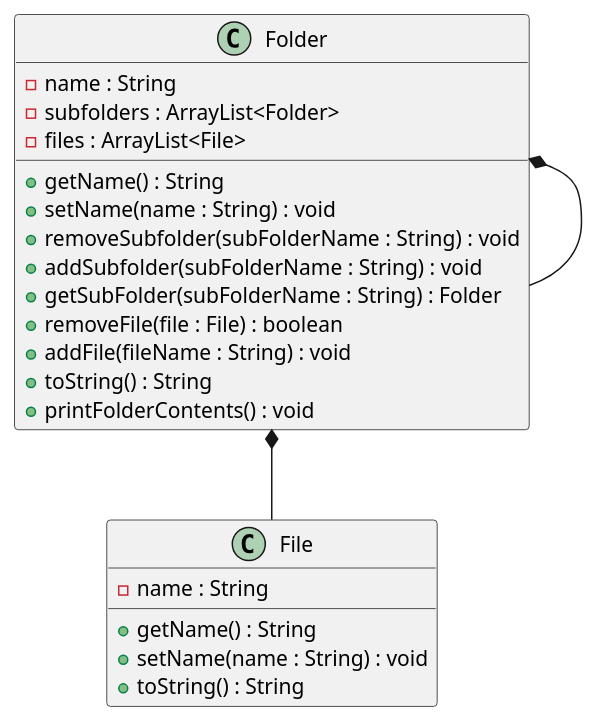
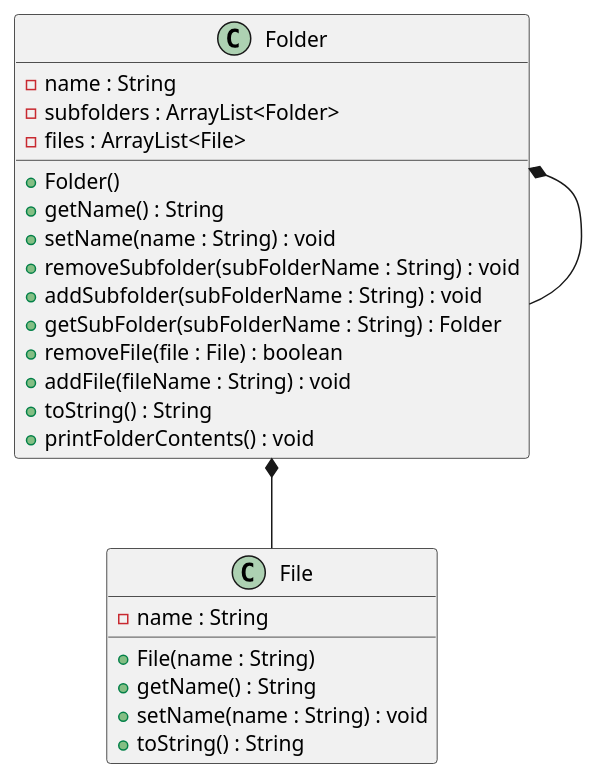
One commit to BrandonTDiep/CS5800_HW changed the diagram in CS5800_HW2/Q1_Composition.puml. Above: the diagram before and after it, drawn with PlantUML. The commit also changed 4 other files, not shown here.

```diff
--- a/CS5800_HW2/Q1_Composition.puml
+++ b/CS5800_HW2/Q1_Composition.puml
@@ -1,31 +1,33 @@
 @startuml
 'https://plantuml.com/class-diagram
 
 Folder *-- File
 Folder *-- Folder
 
 class File {
  -name : String
 
+ +File(name : String)
  +getName() : String
  +setName(name : String) : void
  +toString() : String
 }
 
 class Folder {
  -name : String
  -subfolders : ArrayList<Folder>
  -files : ArrayList<File>
 
+ +Folder()
  +getName() : String
  +setName(name : String) : void
  +removeSubfolder(subFolderName : String) : void
  +addSubfolder(subFolderName : String) : void
  +getSubFolder(subFolderName : String) : Folder
  +removeFile(file : File) : boolean
  +addFile(fileName : String) : void
  +toString() : String
  +printFolderContents() : void
 }
 
 @enduml
```
